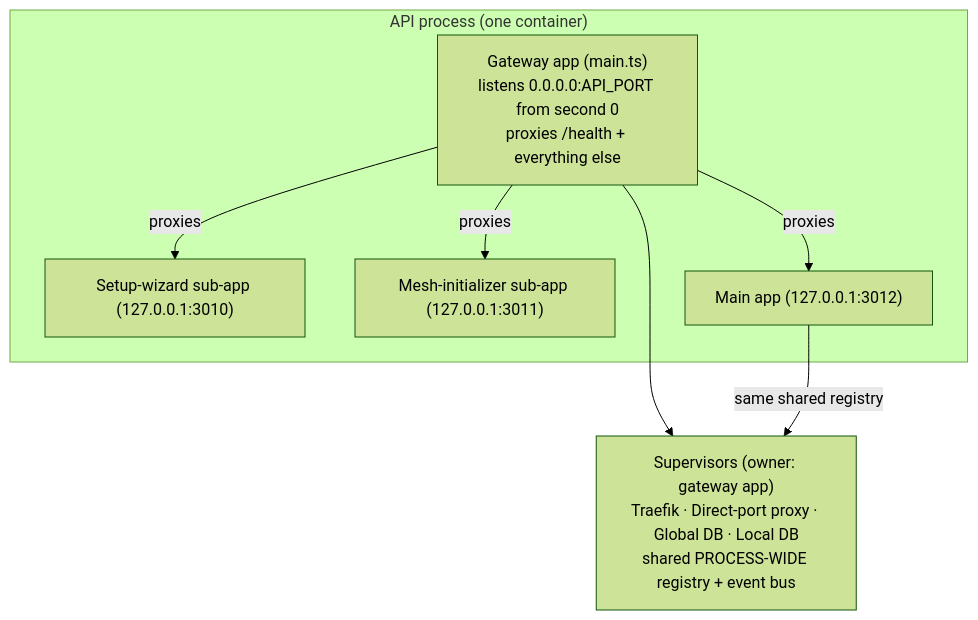
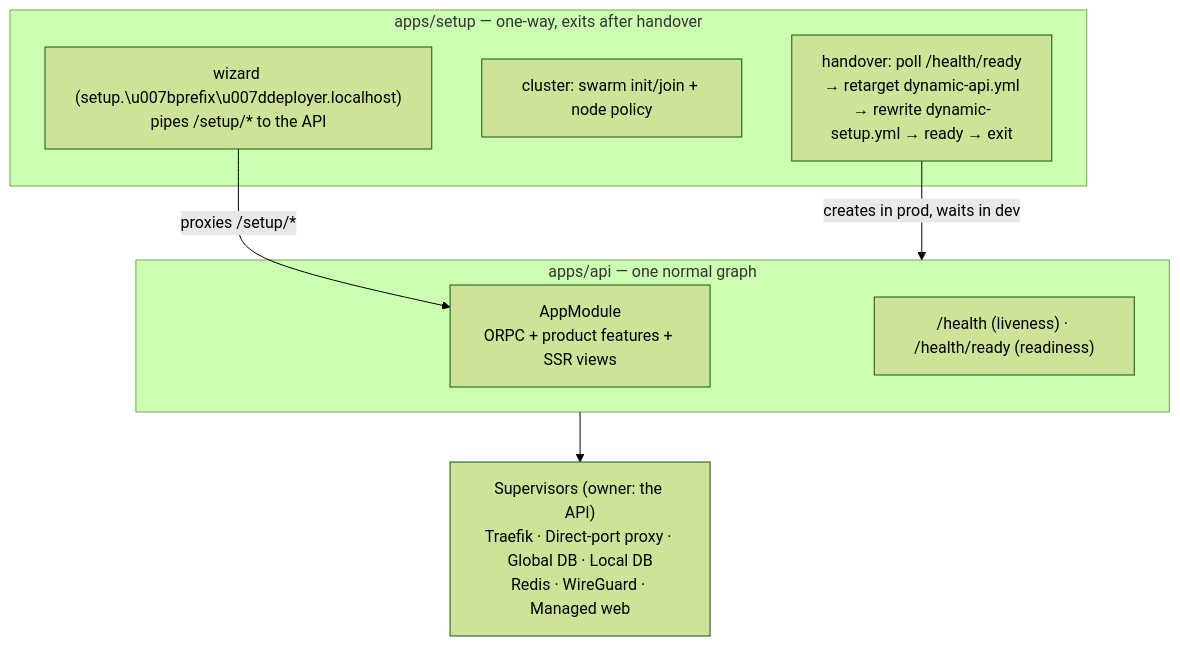
Before and after one commit to N0SAFE/deployer: the first of 4 diagrams in apps/doc/content/docs/deployment/onboarding-and-lifecycle.mdx, drawn with Mermaid (forest theme). The commit also changed other lines of this file and 13 other files, not shown here.

````diff
--- a/apps/doc/content/docs/deployment/onboarding-and-lifecycle.mdx
+++ b/apps/doc/content/docs/deployment/onboarding-and-lifecycle.mdx
@@ -30,15 +30,16 @@
 ```mermaid
 flowchart TB
-    subgraph PROC["API process (one container)"]
-        GW["Gateway app (main.ts)<br/>listens 0.0.0.0:API_PORT from second 0<br/>proxies /health + everything else"]
-        SUB1["Setup-wizard sub-app (127.0.0.1:3010)"]
-        SUB2["Mesh-initializer sub-app (127.0.0.1:3011)"]
-        SUB3["Main app (127.0.0.1:3012)"]
+    subgraph SETUP["apps/setup — one-way, exits after handover"]
+        S1["wizard (setup.\u007bprefix\u007ddeployer.localhost)<br/>pipes /setup/* to the API"]
+        S2["cluster: swarm init/join + node policy"]
+        S3["handover: poll /health/ready\n→ retarget dynamic-api.yml\n→ rewrite dynamic-setup.yml → ready → exit"]
     end
-    SUP["Supervisors (owner: gateway app)<br/>Traefik · Direct-port proxy · Global DB · Local DB<br/>shared PROCESS-WIDE registry + event bus"]
-    GW -->|proxies| SUB1
-    GW -->|proxies| SUB2
-    GW -->|proxies| SUB3
-    GW --> SUP
-    SUB3 -->|"same shared registry"| SUP
+    subgraph API["apps/api — one normal graph"]
+        A1["AppModule<br/>ORPC + product features + SSR views"]
+        A2["/health (liveness) · /health/ready (readiness)"]
+    end
+    SUP["Supervisors (owner: the API)<br/>Traefik · Direct-port proxy · Global DB · Local DB<br/>Redis · WireGuard · Managed web"]
+    S1 -->|proxies /setup/*| A1
+    S3 -->|creates in prod, waits in dev| API
+    API --> SUP
 ```
````
